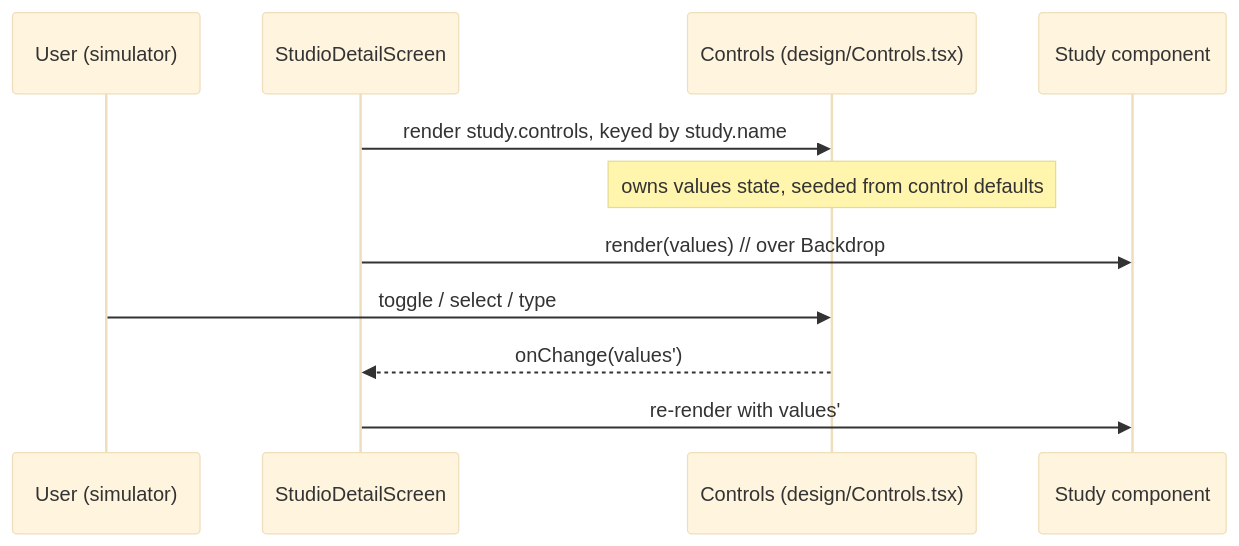
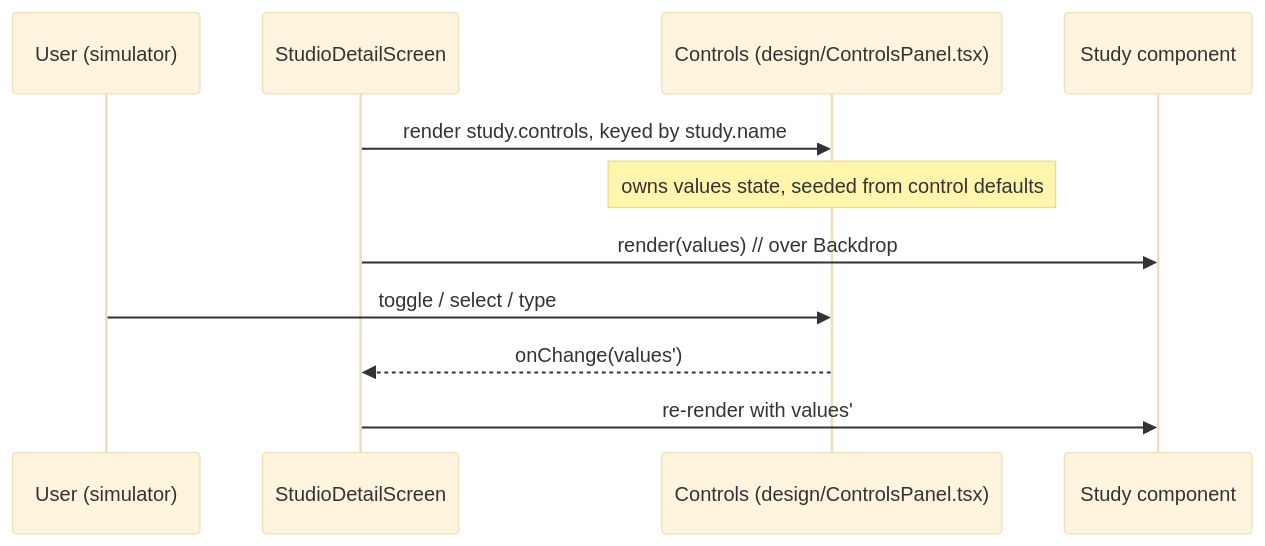
The second of 5 diagrams in docs/design-studio-tdd.md (jordangaston/harvest), drawn with Mermaid (base theme) before and after one commit. The commit also changed 1 other file, not shown here.

Commit message:
docs(studio): update Controls.tsx references to ControlsPanel.tsx
Follows the rename that avoided the case-insensitive-FS collision with
design/controls.ts.

```diff
--- a/docs/design-studio-tdd.md
+++ b/docs/design-studio-tdd.md
@@ -77,14 +77,14 @@
 ~~~mermaid
 sequenceDiagram
     participant U as User (simulator)
     participant Detail as StudioDetailScreen
-    participant Ctrls as Controls (design/Controls.tsx)
+    participant Ctrls as Controls (design/ControlsPanel.tsx)
     participant C as Study component
 
     Detail->>Ctrls: render study.controls, keyed by study.name
     note over Ctrls: owns values state, seeded from control defaults
     Detail->>C: render(values)  // over Backdrop
     U->>Ctrls: toggle / select / type
     Ctrls-->>Detail: onChange(values')
     Detail->>C: re-render with values'
 ~~~
```
